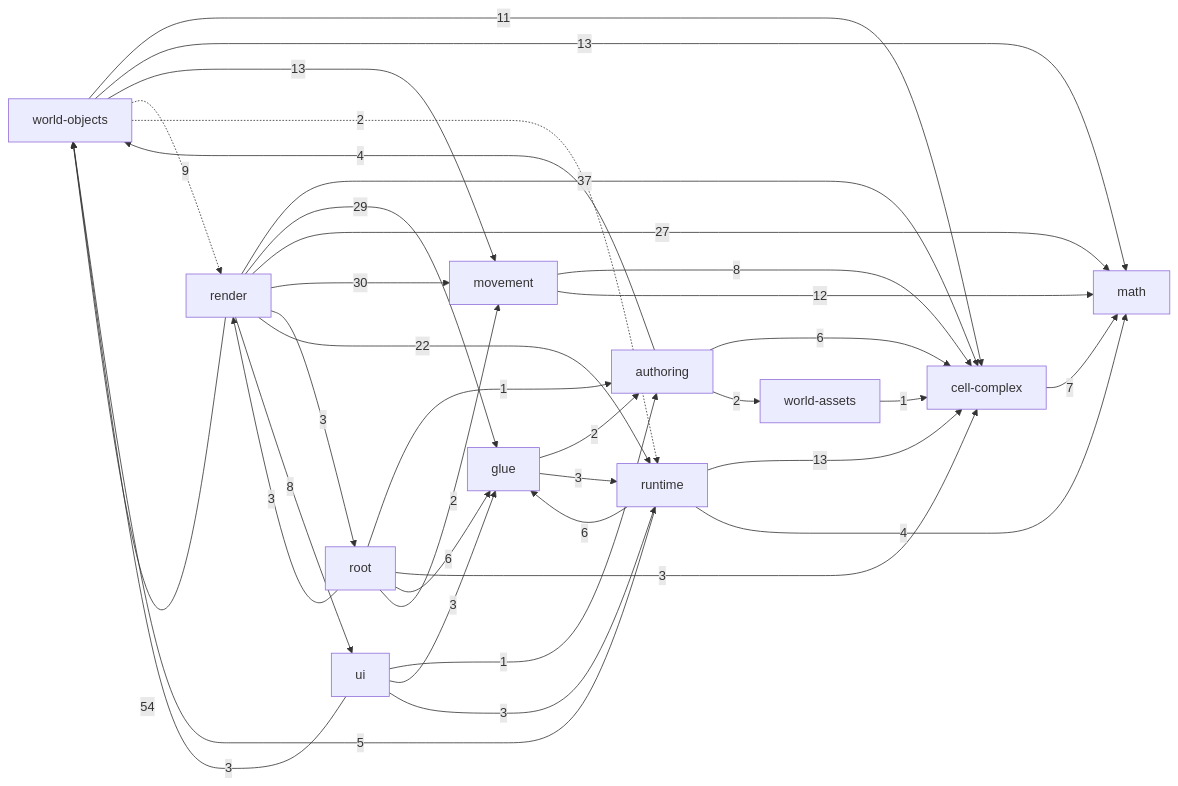
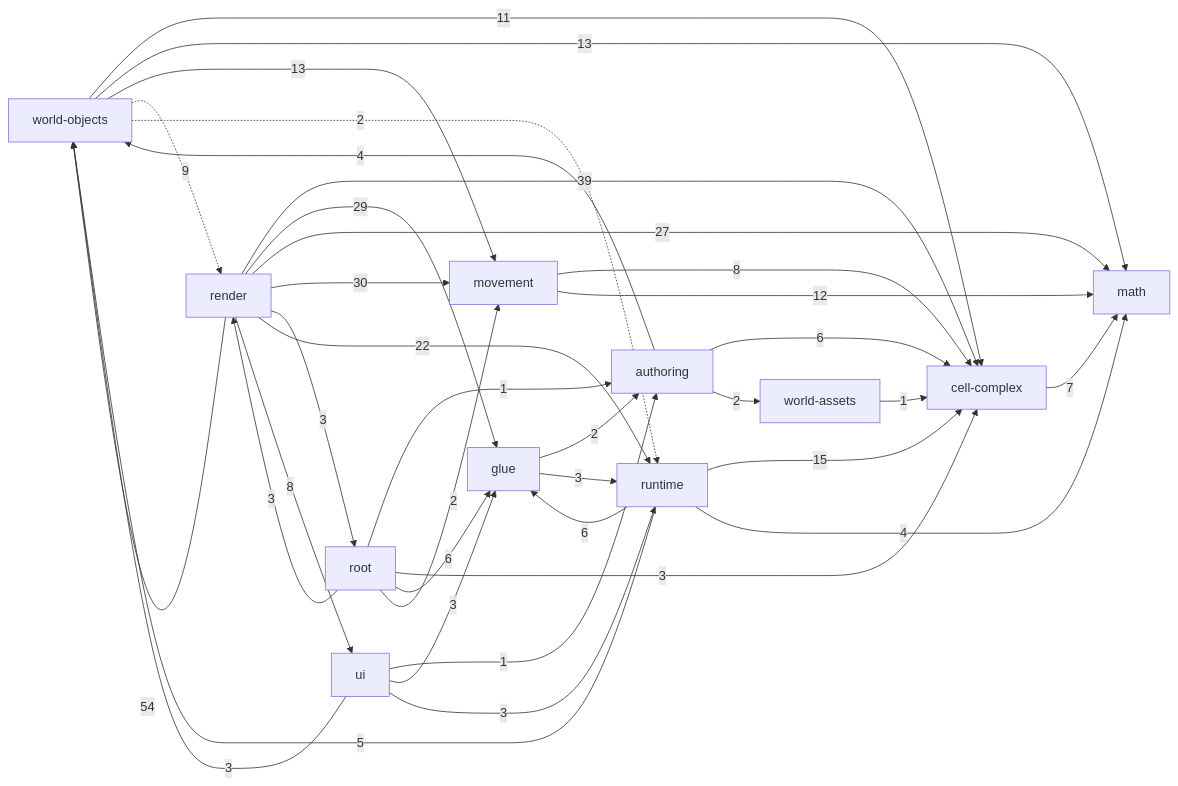
Before and after one commit to guraltsev/noneuclid-fpv: the diagram in _docs/generated/ARCHITECTURE_REFERENCE.md, drawn with Mermaid. The commit also changed other lines of this file and 19 other files, not shown here.

````diff
--- a/_docs/generated/ARCHITECTURE_REFERENCE.md
+++ b/_docs/generated/ARCHITECTURE_REFERENCE.md
@@ -32,49 +32,49 @@
 ```mermaid
 flowchart LR
   math["math"]
   cell_complex["cell-complex"]
   movement["movement"]
   world_assets["world-assets"]
   world_objects["world-objects"]
   authoring["authoring"]
   runtime["runtime"]
   ui["ui"]
   glue["glue"]
   render["render"]
   root["root"]
   authoring -->|6| cell_complex
   authoring -->|2| world_assets
   authoring -->|4| world_objects
   cell_complex -->|7| math
   glue -->|2| authoring
   glue -->|3| runtime
   movement -->|8| cell_complex
   movement -->|12| math
-  render -->|37| cell_complex
+  render -->|39| cell_complex
   render -->|29| glue
   render -->|27| math
   render -->|30| movement
   render -->|3| root
   render -->|22| runtime
   render -->|8| ui
   render -->|54| world_objects
   root -->|1| authoring
   root -->|3| cell_complex
   root -->|6| glue
   root -->|2| movement
   root -->|3| render
-  runtime -->|13| cell_complex
+  runtime -->|15| cell_complex
   runtime -->|6| glue
   runtime -->|4| math
   runtime -->|5| world_objects
   ui -->|1| authoring
   ui -->|3| glue
   ui -->|3| runtime
   ui -->|3| world_objects
   world_assets -->|1| cell_complex
   world_objects -->|11| cell_complex
   world_objects -->|13| math
   world_objects -->|13| movement
   world_objects -.->|9| render
   world_objects -.->|2| runtime
 ```
````
